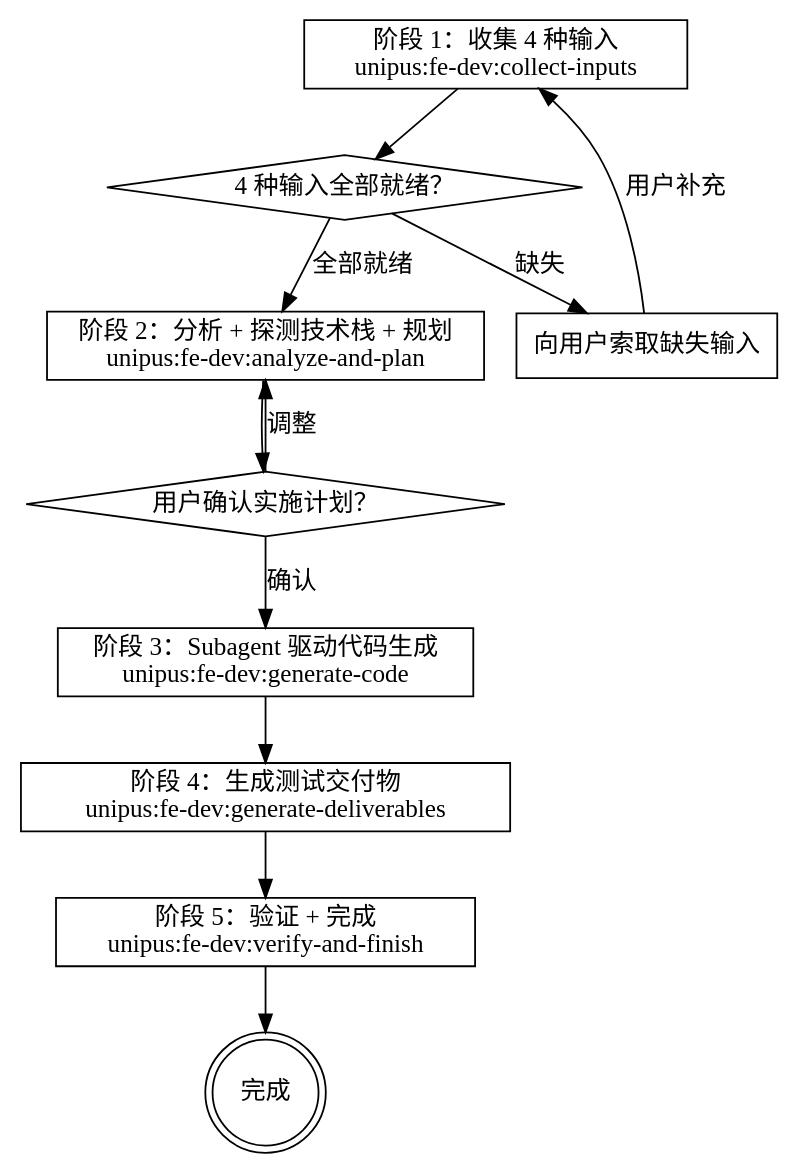
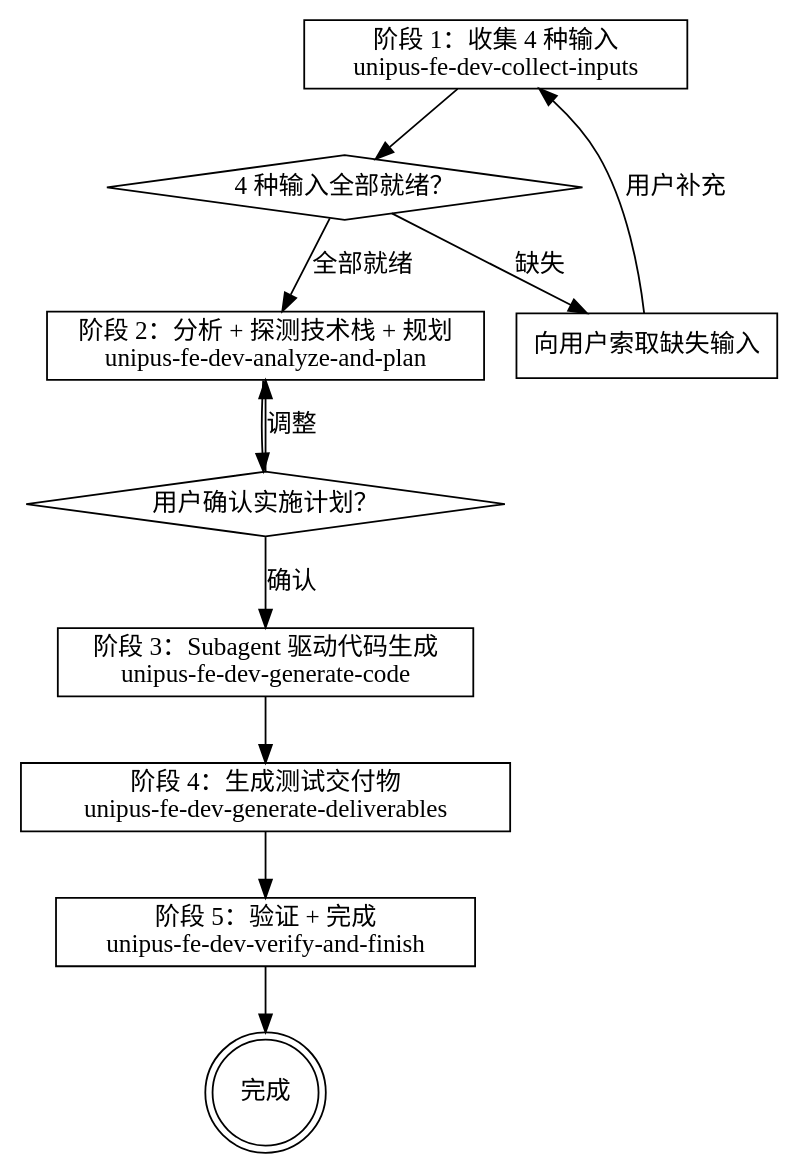
The diagram in plugins/unipus-frontend-plugin/skills/unipus-fe-dev/SKILL.md (Glepooek/optimus-plugins-official), drawn with Graphviz before and after one commit. The commit also changed other lines of this file and 34 other files, not shown here.

````diff
--- a/plugins/unipus-frontend-plugin/skills/unipus-fe-dev/SKILL.md
+++ b/plugins/unipus-frontend-plugin/skills/unipus-fe-dev/SKILL.md
@@ -61,26 +61,26 @@
 ```dot
 digraph fe_workflow {
     rankdir=TB;
 
-    collect [label="阶段 1：收集 4 种输入\nunipus:fe-dev:collect-inputs", shape=box];
+    collect [label="阶段 1：收集 4 种输入\nunipus-fe-dev-collect-inputs", shape=box];
     gate [label="4 种输入全部就绪？", shape=diamond];
     ask [label="向用户索取缺失输入", shape=box];
-    analyze [label="阶段 2：分析 + 探测技术栈 + 规划\nunipus:fe-dev:analyze-and-plan", shape=box];
+    analyze [label="阶段 2：分析 + 探测技术栈 + 规划\nunipus-fe-dev-analyze-and-plan", shape=box];
     user_confirm [label="用户确认实施计划？", shape=diamond];
-    generate [label="阶段 3：Subagent 驱动代码生成\nunipus:fe-dev:generate-code", shape=box];
-    deliverables [label="阶段 4：生成测试交付物\nunipus:fe-dev:generate-deliverables", shape=box];
-    verify [label="阶段 5：验证 + 完成\nunipus:fe-dev:verify-and-finish", shape=box];
+    generate [label="阶段 3：Subagent 驱动代码生成\nunipus-fe-dev-generate-code", shape=box];
+    deliverables [label="阶段 4：生成测试交付物\nunipus-fe-dev-generate-deliverables", shape=box];
+    verify [label="阶段 5：验证 + 完成\nunipus-fe-dev-verify-and-finish", shape=box];
     done [label="完成", shape=doublecircle];
 
     collect -> gate;
     gate -> ask [label="缺失"];
     ask -> collect [label="用户补充"];
     gate -> analyze [label="全部就绪"];
     analyze -> user_confirm;
     user_confirm -> analyze [label="调整"];
     user_confirm -> generate [label="确认"];
     generate -> deliverables;
     deliverables -> verify;
     verify -> done;
 }
 ```
````
